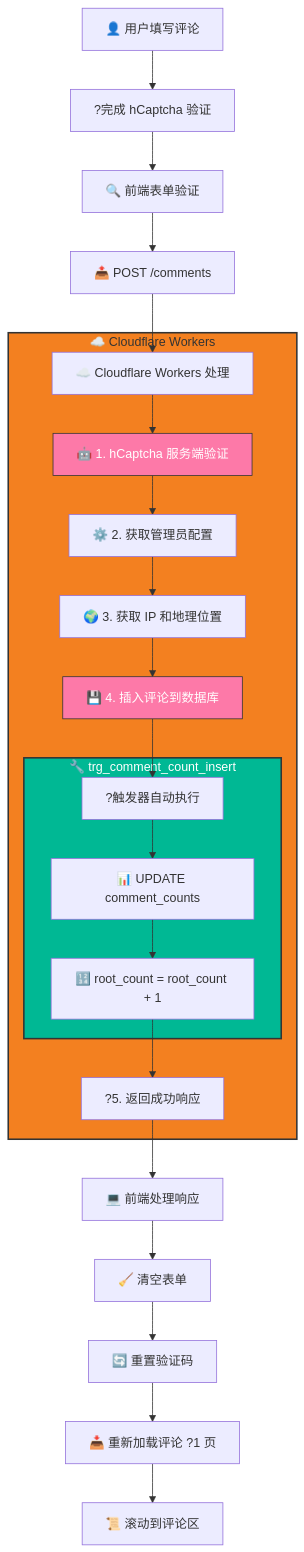
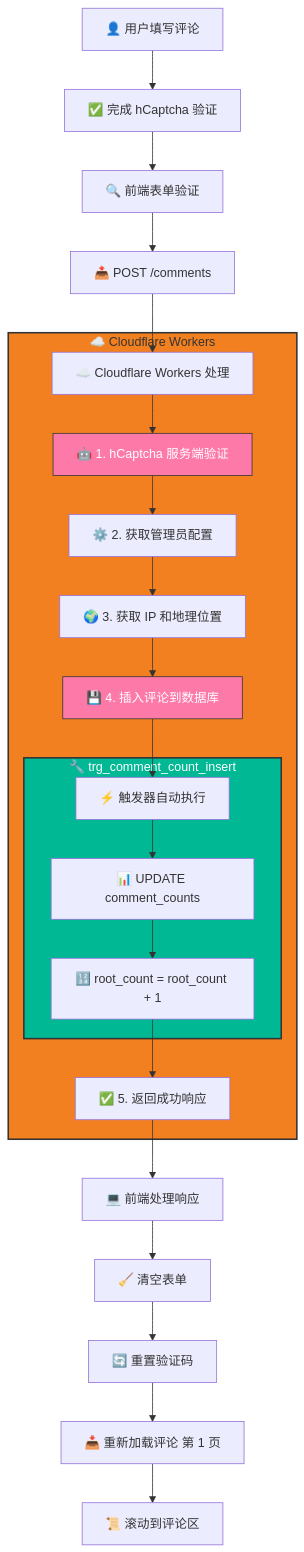
Before and after one commit to ImUpXuu/xuhome: the fourth of 5 diagrams in src/content/posts/extalk.md, drawn with Mermaid. The commit also changed other lines of this file and 94 other files, not shown here.

````diff
--- a/src/content/posts/extalk.md
+++ b/src/content/posts/extalk.md
@@ -242,34 +241,34 @@
 ```mermaid
 flowchart TD
-    A[👤 用户填写评论] --> B[?完成 hCaptcha 验证]
+    A[👤 用户填写评论] --> B[✅ 完成 hCaptcha 验证]
     B --> C[🔍 前端表单验证]
     C --> D[📤 POST /comments]
     D --> E[☁️ Cloudflare Workers 处理]
   
     subgraph Worker["☁️ Cloudflare Workers"]
         E --> E1[🤖 1. hCaptcha 服务端验证]
         E1 --> E2[⚙️ 2. 获取管理员配置]
         E2 --> E3[🌍 3. 获取 IP 和地理位置]
         E3 --> E4[💾 4. 插入评论到数据库]
   
-        E4 --> Trigger[?触发器自动执行]
+        E4 --> Trigger[⚡ 触发器自动执行]
   
         subgraph TriggerBox["🔧 trg_comment_count_insert"]
             Trigger --> T1[📊 UPDATE comment_counts]
             T1 --> T2[🔢 root_count = root_count + 1]
         end
   
-        T2 --> E5[?5. 返回成功响应]
+        T2 --> E5[✅ 5. 返回成功响应]
     end
   
     E5 --> F[💻 前端处理响应]
     F --> F1[🧹 清空表单]
     F1 --> F2[🔄 重置验证码]
-    F2 --> F3[📥 重新加载评论 ?1 页]
+    F2 --> F3[📥 重新加载评论 第 1 页]
     F3 --> F4[📜 滚动到评论区]
   
     style Worker fill:#f38020,stroke:#333,stroke-width:2px
     style TriggerBox fill:#00b894,stroke:#333,stroke-width:2px,color:#fff
     style E1 fill:#fd79a8,stroke:#333,color:#fff
     style E4 fill:#fd79a8,stroke:#333,color:#fff
 ```
````
